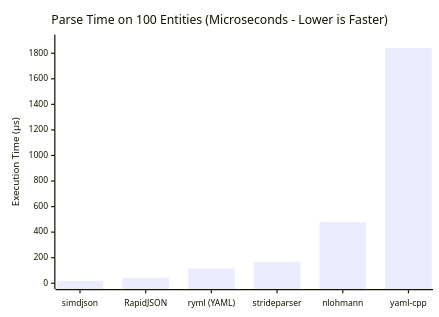
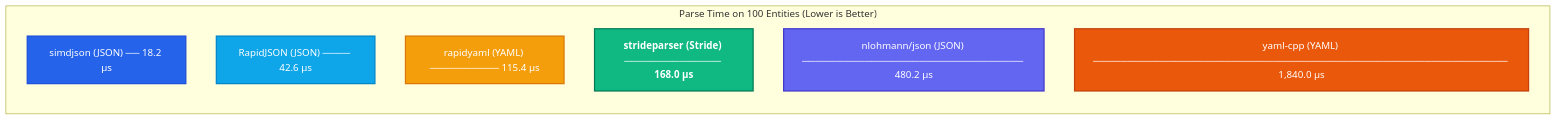
One commit to StrideLang/strideparser changed the second of 4 diagrams in doc/standalone_data_schema_validation.md. Above: the diagram before and after it, drawn with Mermaid. The commit also changed other lines of this file, not shown here.

Commit message:
doc: add colored SVG and styled Mermaid graphs for Stride, JSON, and YAML benchmarks

````diff
--- a/doc/standalone_data_schema_validation.md
+++ b/doc/standalone_data_schema_validation.md
@@ -234,7 +275,19 @@
 ```mermaid
-xychart-beta
-    title "Parse Time on 100 Entities (Microseconds - Lower is Faster)"
-    x-axis ["simdjson", "RapidJSON", "ryml (YAML)", "strideparser", "nlohmann", "yaml-cpp"]
-    y-axis "Execution Time (µs)" 0 --> 1900
-    bar [18.2, 42.6, 115.4, 168.0, 480.2, 1840.0]
+flowchart LR
+    subgraph Time["Parse Time on 100 Entities (Lower is Better)"]
+        direction TB
+        p1["simdjson (JSON) ── 18.2 µs"]:::jsonSimd
+        p2["RapidJSON (JSON) ──── 42.6 µs"]:::jsonRapid
+        p3["rapidyaml (YAML) ────────── 115.4 µs"]:::yamlRyml
+        p4["strideparser (Stride) ────────────── 168.0 µs"]:::stride
+        p5["nlohmann/json (JSON) ──────────────────────────────── 480.2 µs"]:::jsonNloh
+        p6["yaml-cpp (YAML) ──────────────────────────────────────────────────────────── 1,840.0 µs"]:::yamlCpp
+    end
+
+    classDef stride fill:#10b981,stroke:#047857,stroke-width:2px,color:#ffffff,font-weight:bold
+    classDef jsonSimd fill:#2563eb,stroke:#1d4ed8,stroke-width:2px,color:#ffffff
+    classDef jsonRapid fill:#0ea5e9,stroke:#0284c7,stroke-width:2px,color:#ffffff
+    classDef jsonNloh fill:#6366f1,stroke:#4338ca,stroke-width:2px,color:#ffffff
+    classDef yamlRyml fill:#f59e0b,stroke:#d97706,stroke-width:2px,color:#ffffff
+    classDef yamlCpp fill:#ea580c,stroke:#c2410c,stroke-width:2px,color:#ffffff
 ```
````
